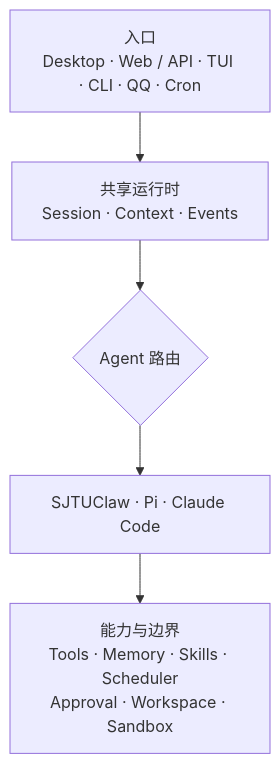
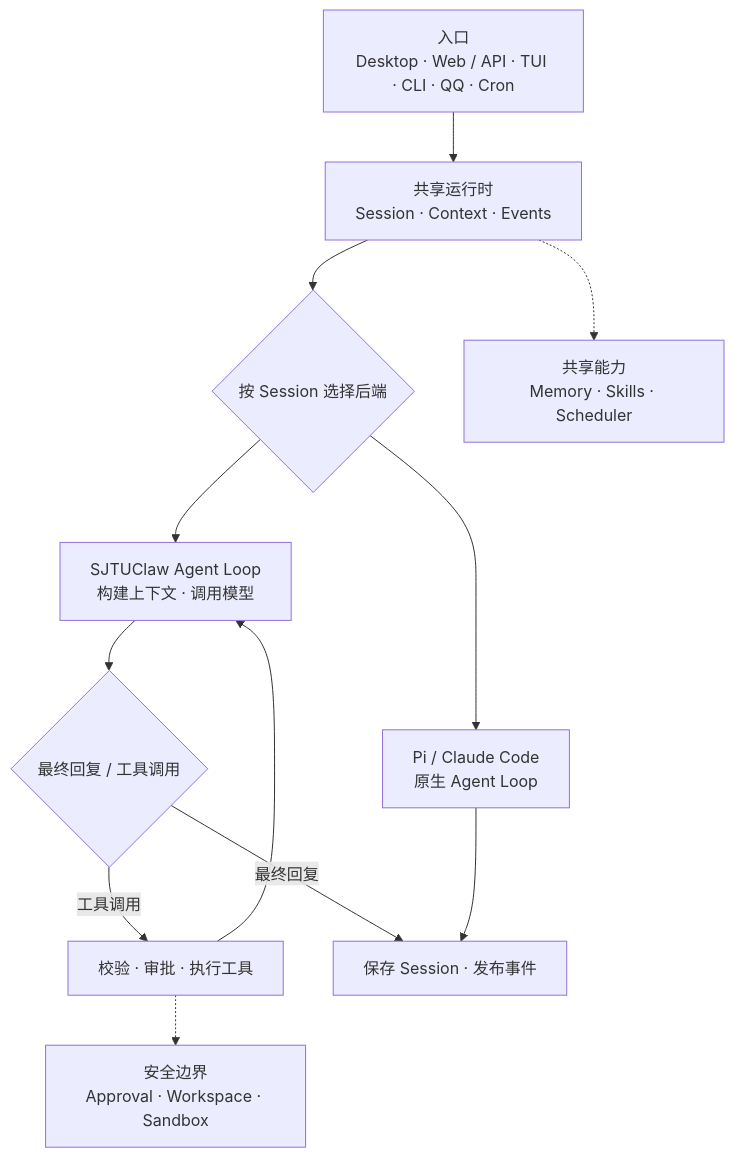
The diagram in README.md (DOGOGOD/SJTUClaw), drawn with Mermaid before and after one commit. The commit also changed other lines of this file and 1 other file, not shown here.

Commit message:
README Update

````diff
--- a/README.md
+++ b/README.md
@@ -111,10 +66,19 @@
 ```mermaid
 flowchart TB
     Entry["入口<br/>Desktop · Web / API · TUI · CLI · QQ · Cron"]
     Runtime["共享运行时<br/>Session · Context · Events"]
-    Router{"Agent 路由"}
-    Backends["SJTUClaw · Pi · Claude Code"]
-    Capabilities["能力与边界<br/>Tools · Memory · Skills · Scheduler<br/>Approval · Workspace · Sandbox"]
+    Router{"按 Session 选择后端"}
 
-    Entry --> Runtime --> Router --> Backends --> Capabilities
+    Entry --> Runtime --> Router
+    Router --> Native["SJTUClaw Agent Loop<br/>构建上下文 · 调用模型"]
+    Router --> External["Pi / Claude Code<br/>原生 Agent Loop"]
+
+    Native --> Decision{"最终回复 / 工具调用"}
+    Decision -->|工具调用| Tools["校验 · 审批 · 执行工具"]
+    Tools --> Native
+    Decision -->|最终回复| Result["保存 Session · 发布事件"]
+    External --> Result
+
+    Runtime -.-> Services["共享能力<br/>Memory · Skills · Scheduler"]
+    Tools -.-> Boundary["安全边界<br/>Approval · Workspace · Sandbox"]
 ```
````
